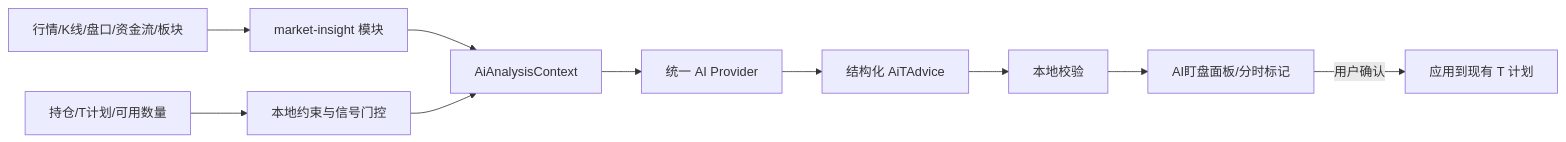
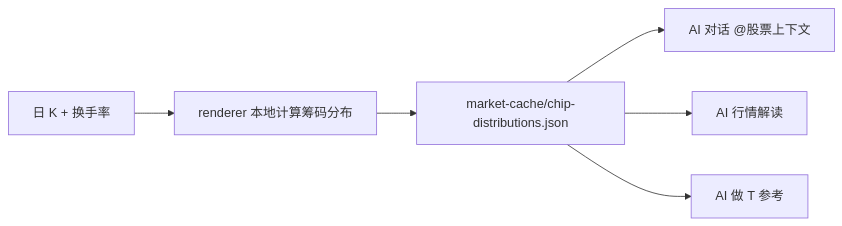
One commit to SingleOne/JianZhang changed the second of 2 diagrams in docs/wiki/08-ai-extension-points.md. Above: the diagram before and after it, drawn with Mermaid. The commit also changed other lines of this file and 13 other files, not shown here.

````diff
--- a/docs/wiki/08-ai-extension-points.md
+++ b/docs/wiki/08-ai-extension-points.md
@@ -65,12 +137,8 @@
 ```mermaid
 flowchart LR
-    MARKET["行情/K线/盘口/资金流/板块"] --> INSIGHT["market-insight 模块"]
-    POSITION["持仓/T计划/可用数量"] --> RULES["本地约束与信号门控"]
-    INSIGHT --> CONTEXT["AiAnalysisContext"]
-    RULES --> CONTEXT
-    CONTEXT --> ADAPTER["统一 AI Provider"]
-    ADAPTER --> OUTPUT["结构化 AiTAdvice"]
-    OUTPUT --> VALIDATE["本地校验"]
-    VALIDATE --> UI["AI盯盘面板/分时标记"]
-    UI -->|"用户确认"| PLAN["应用到现有 T 计划"]
+    DAILY["日 K + 换手率"] --> CALC["renderer 本地计算筹码分布"]
+    CALC --> CACHE["market-cache/chip-distributions.json"]
+    CACHE --> CHAT["AI 对话 @股票上下文"]
+    CACHE --> ANALYSIS["AI 行情解读"]
+    CACHE --> ADVICE["AI 做 T 参考"]
 ```
````
